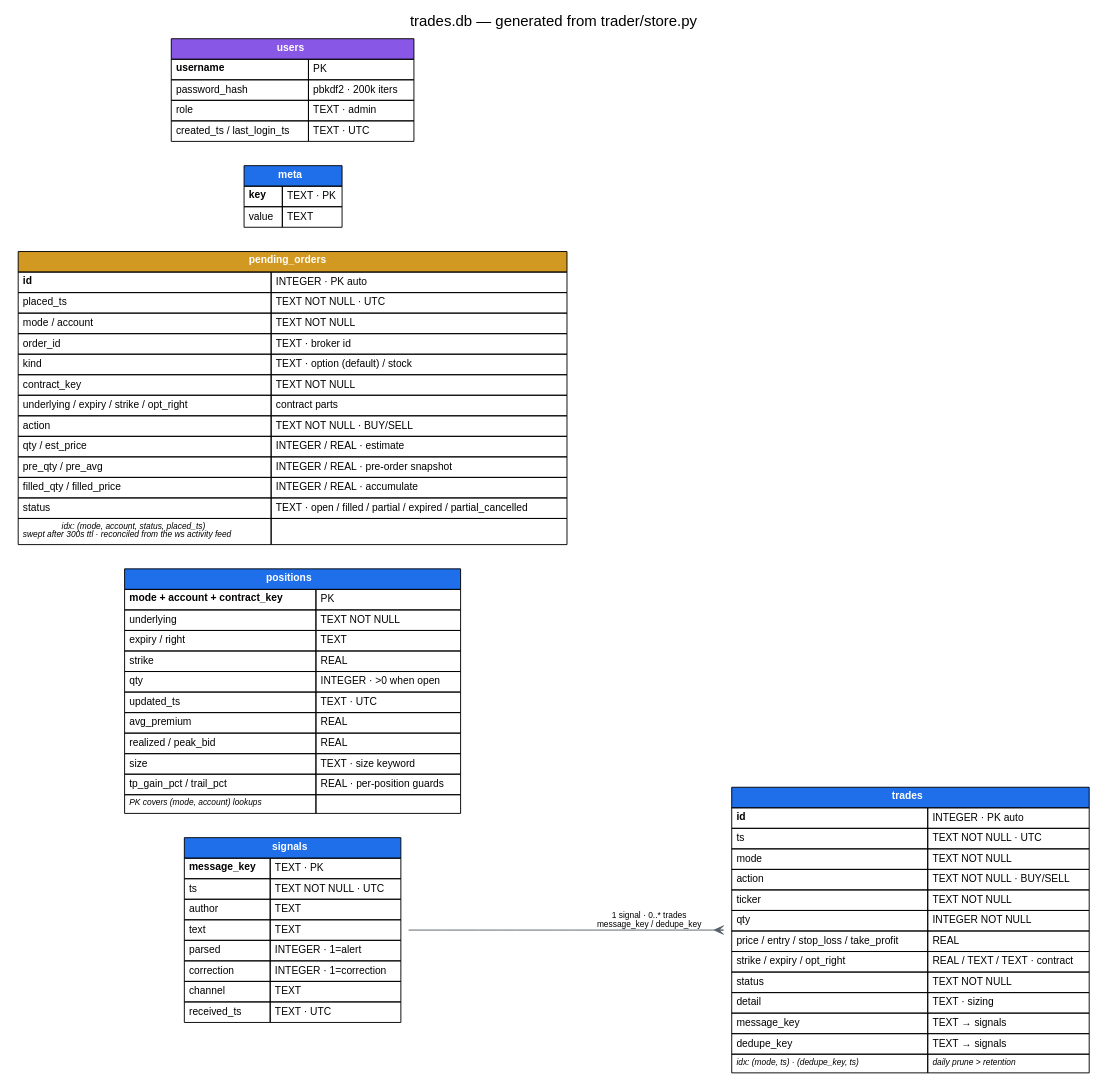
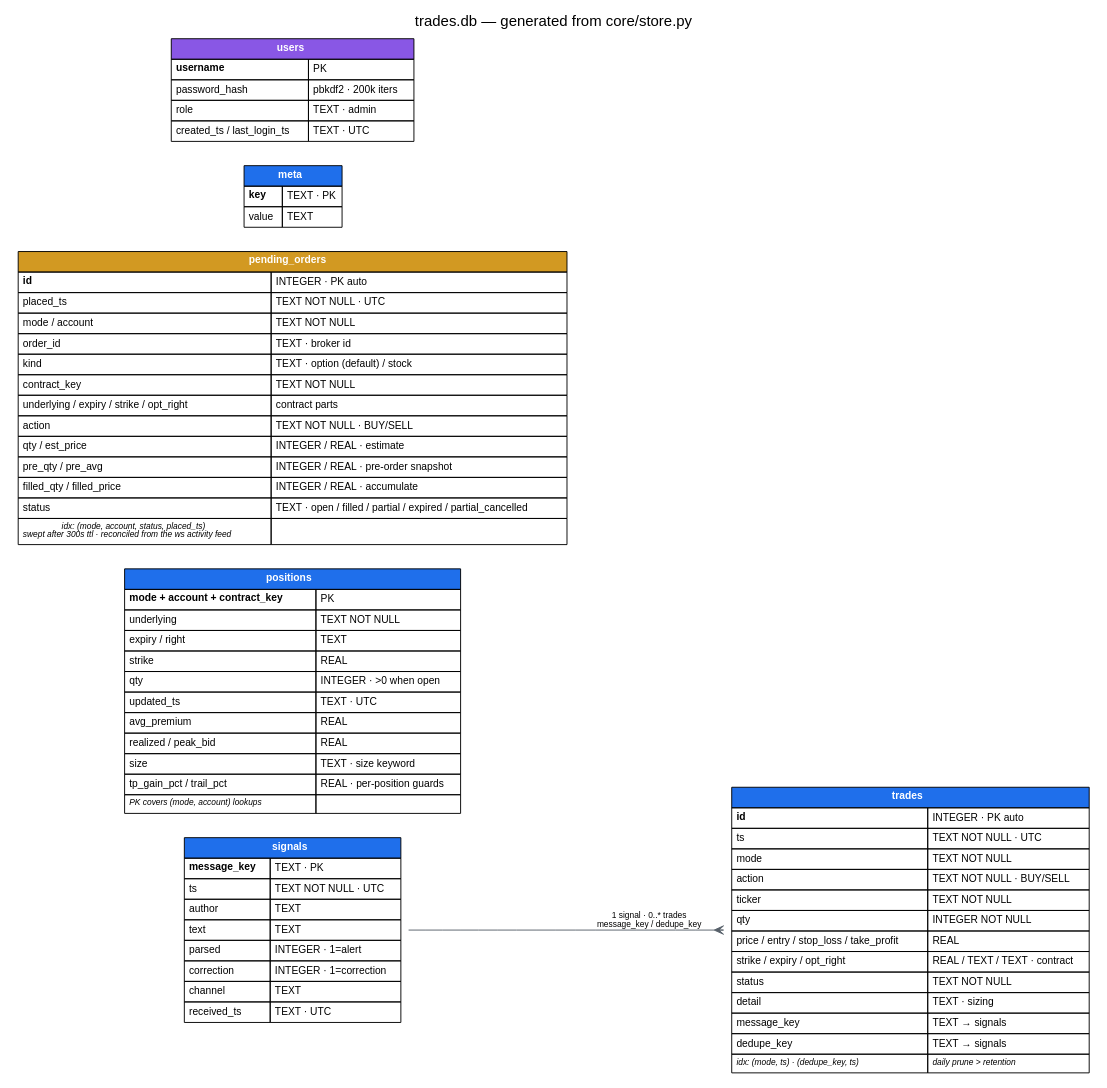
The diagram in docs/db_schema.dot (siicosmos/ws-trade-bot), drawn with Graphviz before and after one commit. The commit also changed 77 other files, not shown here.

First line of the commit message:
Split trader/ into core/, info/, consumer/ - clean code split

```diff
--- a/docs/db_schema.dot
+++ b/docs/db_schema.dot
@@ -1,92 +1,92 @@
 // ws-trade-bot trades.db schema - render with:
 //   dot -Tpng -o docs/db_schema.png docs/db_schema.dot
 digraph db_schema {
   rankdir=LR;
-  graph [fontname="Helvetica", label="trades.db — generated from trader/store.py", labelloc=t, fontsize=16];
+  graph [fontname="Helvetica", label="trades.db — generated from core/store.py", labelloc=t, fontsize=16];
   node [shape=plaintext, fontname="Helvetica", fontsize=11];
   edge [color="#57606a", fontname="Helvetica", fontsize=9];
 
   signals [label=<
     <TABLE BORDER="0" CELLBORDER="1" CELLSPACING="0" CELLPADDING="4" BGCOLOR="white">
       <TR><TD BGCOLOR="#1f6feb" COLSPAN="2"><FONT COLOR="white"><B>signals</B></FONT></TD></TR>
       <TR><TD ALIGN="LEFT"><B>message_key</B></TD><TD ALIGN="LEFT">TEXT · PK</TD></TR>
       <TR><TD ALIGN="LEFT">ts</TD><TD ALIGN="LEFT">TEXT NOT NULL · UTC</TD></TR>
       <TR><TD ALIGN="LEFT">author</TD><TD ALIGN="LEFT">TEXT</TD></TR>
       <TR><TD ALIGN="LEFT">text</TD><TD ALIGN="LEFT">TEXT</TD></TR>
       <TR><TD ALIGN="LEFT">parsed</TD><TD ALIGN="LEFT">INTEGER · 1=alert</TD></TR>
       <TR><TD ALIGN="LEFT">correction</TD><TD ALIGN="LEFT">INTEGER · 1=correction</TD></TR>
       <TR><TD ALIGN="LEFT">channel</TD><TD ALIGN="LEFT">TEXT</TD></TR>
       <TR><TD ALIGN="LEFT">received_ts</TD><TD ALIGN="LEFT">TEXT · UTC</TD></TR>
     </TABLE>>];
 
   trades [label=<
     <TABLE BORDER="0" CELLBORDER="1" CELLSPACING="0" CELLPADDING="4" BGCOLOR="white">
       <TR><TD BGCOLOR="#1f6feb" COLSPAN="2"><FONT COLOR="white"><B>trades</B></FONT></TD></TR>
       <TR><TD ALIGN="LEFT"><B>id</B></TD><TD ALIGN="LEFT">INTEGER · PK auto</TD></TR>
       <TR><TD ALIGN="LEFT">ts</TD><TD ALIGN="LEFT">TEXT NOT NULL · UTC</TD></TR>
       <TR><TD ALIGN="LEFT">mode</TD><TD ALIGN="LEFT">TEXT NOT NULL</TD></TR>
       <TR><TD ALIGN="LEFT">action</TD><TD ALIGN="LEFT">TEXT NOT NULL · BUY/SELL</TD></TR>
       <TR><TD ALIGN="LEFT">ticker</TD><TD ALIGN="LEFT">TEXT NOT NULL</TD></TR>
       <TR><TD ALIGN="LEFT">qty</TD><TD ALIGN="LEFT">INTEGER NOT NULL</TD></TR>
       <TR><TD ALIGN="LEFT">price / entry / stop_loss / take_profit</TD><TD ALIGN="LEFT">REAL</TD></TR>
       <TR><TD ALIGN="LEFT">strike / expiry / opt_right</TD><TD ALIGN="LEFT">REAL / TEXT / TEXT · contract</TD></TR>
       <TR><TD ALIGN="LEFT">status</TD><TD ALIGN="LEFT">TEXT NOT NULL</TD></TR>
       <TR><TD ALIGN="LEFT">detail</TD><TD ALIGN="LEFT">TEXT · sizing</TD></TR>
       <TR><TD ALIGN="LEFT">message_key</TD><TD ALIGN="LEFT">TEXT → signals</TD></TR>
       <TR><TD ALIGN="LEFT">dedupe_key</TD><TD ALIGN="LEFT">TEXT → signals</TD></TR>
       <TR><TD ALIGN="LEFT"><FONT POINT-SIZE="9"><I>idx: (mode, ts) · (dedupe_key, ts)</I></FONT></TD><TD ALIGN="LEFT"><FONT POINT-SIZE="9"><I>daily prune &gt; retention</I></FONT></TD></TR>
     </TABLE>>];
 
   positions [label=<
     <TABLE BORDER="0" CELLBORDER="1" CELLSPACING="0" CELLPADDING="4" BGCOLOR="white">
       <TR><TD BGCOLOR="#1f6feb" COLSPAN="2"><FONT COLOR="white"><B>positions</B></FONT></TD></TR>
       <TR><TD ALIGN="LEFT"><B>mode + account + contract_key</B></TD><TD ALIGN="LEFT">PK</TD></TR>
       <TR><TD ALIGN="LEFT">underlying</TD><TD ALIGN="LEFT">TEXT NOT NULL</TD></TR>
       <TR><TD ALIGN="LEFT">expiry / right</TD><TD ALIGN="LEFT">TEXT</TD></TR>
       <TR><TD ALIGN="LEFT">strike</TD><TD ALIGN="LEFT">REAL</TD></TR>
       <TR><TD ALIGN="LEFT">qty</TD><TD ALIGN="LEFT">INTEGER · &gt;0 when open</TD></TR>
       <TR><TD ALIGN="LEFT">updated_ts</TD><TD ALIGN="LEFT">TEXT · UTC</TD></TR>
       <TR><TD ALIGN="LEFT">avg_premium</TD><TD ALIGN="LEFT">REAL</TD></TR>
       <TR><TD ALIGN="LEFT">realized / peak_bid</TD><TD ALIGN="LEFT">REAL</TD></TR>
       <TR><TD ALIGN="LEFT">size</TD><TD ALIGN="LEFT">TEXT · size keyword</TD></TR>
       <TR><TD ALIGN="LEFT">tp_gain_pct / trail_pct</TD><TD ALIGN="LEFT">REAL · per-position guards</TD></TR>
       <TR><TD ALIGN="LEFT"><FONT POINT-SIZE="9"><I>PK covers (mode, account) lookups</I></FONT></TD><TD ALIGN="LEFT"></TD></TR>
     </TABLE>>];
 
   pending_orders [label=<
     <TABLE BORDER="0" CELLBORDER="1" CELLSPACING="0" CELLPADDING="4" BGCOLOR="white">
       <TR><TD BGCOLOR="#d29922" COLSPAN="2"><FONT COLOR="white"><B>pending_orders</B></FONT></TD></TR>
       <TR><TD ALIGN="LEFT"><B>id</B></TD><TD ALIGN="LEFT">INTEGER · PK auto</TD></TR>
       <TR><TD ALIGN="LEFT">placed_ts</TD><TD ALIGN="LEFT">TEXT NOT NULL · UTC</TD></TR>
       <TR><TD ALIGN="LEFT">mode / account</TD><TD ALIGN="LEFT">TEXT NOT NULL</TD></TR>
       <TR><TD ALIGN="LEFT">order_id</TD><TD ALIGN="LEFT">TEXT · broker id</TD></TR>
       <TR><TD ALIGN="LEFT">kind</TD><TD ALIGN="LEFT">TEXT · option (default) / stock</TD></TR>
       <TR><TD ALIGN="LEFT">contract_key</TD><TD ALIGN="LEFT">TEXT NOT NULL</TD></TR>
       <TR><TD ALIGN="LEFT">underlying / expiry / strike / opt_right</TD><TD ALIGN="LEFT">contract parts</TD></TR>
       <TR><TD ALIGN="LEFT">action</TD><TD ALIGN="LEFT">TEXT NOT NULL · BUY/SELL</TD></TR>
       <TR><TD ALIGN="LEFT">qty / est_price</TD><TD ALIGN="LEFT">INTEGER / REAL · estimate</TD></TR>
       <TR><TD ALIGN="LEFT">pre_qty / pre_avg</TD><TD ALIGN="LEFT">INTEGER / REAL · pre-order snapshot</TD></TR>
       <TR><TD ALIGN="LEFT">filled_qty / filled_price</TD><TD ALIGN="LEFT">INTEGER / REAL · accumulate</TD></TR>
       <TR><TD ALIGN="LEFT">status</TD><TD ALIGN="LEFT">TEXT · open / filled / partial / expired / partial_cancelled</TD></TR>
       <TR><TD ALIGN="LEFT"><FONT POINT-SIZE="9"><I>idx: (mode, account, status, placed_ts)</I></FONT><BR/><FONT POINT-SIZE="9"><I>swept after 300s ttl · reconciled from the ws activity feed</I></FONT></TD><TD ALIGN="LEFT"></TD></TR>
     </TABLE>>];
 
   meta [label=<
     <TABLE BORDER="0" CELLBORDER="1" CELLSPACING="0" CELLPADDING="4" BGCOLOR="white">
       <TR><TD BGCOLOR="#1f6feb" COLSPAN="2"><FONT COLOR="white"><B>meta</B></FONT></TD></TR>
       <TR><TD ALIGN="LEFT"><B>key</B></TD><TD ALIGN="LEFT">TEXT · PK</TD></TR>
       <TR><TD ALIGN="LEFT">value</TD><TD ALIGN="LEFT">TEXT</TD></TR>
     </TABLE>>];
 
   users [label=<
     <TABLE BORDER="0" CELLBORDER="1" CELLSPACING="0" CELLPADDING="4" BGCOLOR="white">
       <TR><TD BGCOLOR="#8957e5" COLSPAN="2"><FONT COLOR="white"><B>users</B></FONT></TD></TR>
       <TR><TD ALIGN="LEFT"><B>username</B></TD><TD ALIGN="LEFT">PK</TD></TR>
       <TR><TD ALIGN="LEFT">password_hash</TD><TD ALIGN="LEFT">pbkdf2 · 200k iters</TD></TR>
       <TR><TD ALIGN="LEFT">role</TD><TD ALIGN="LEFT">TEXT · admin</TD></TR>
       <TR><TD ALIGN="LEFT">created_ts / last_login_ts</TD><TD ALIGN="LEFT">TEXT · UTC</TD></TR>
     </TABLE>>];
 
   signals -> trades [arrowhead=crow, arrowtail=none, dir=both,
     label="1 signal · 0..* trades\nmessage_key / dedupe_key"];
 }
```
